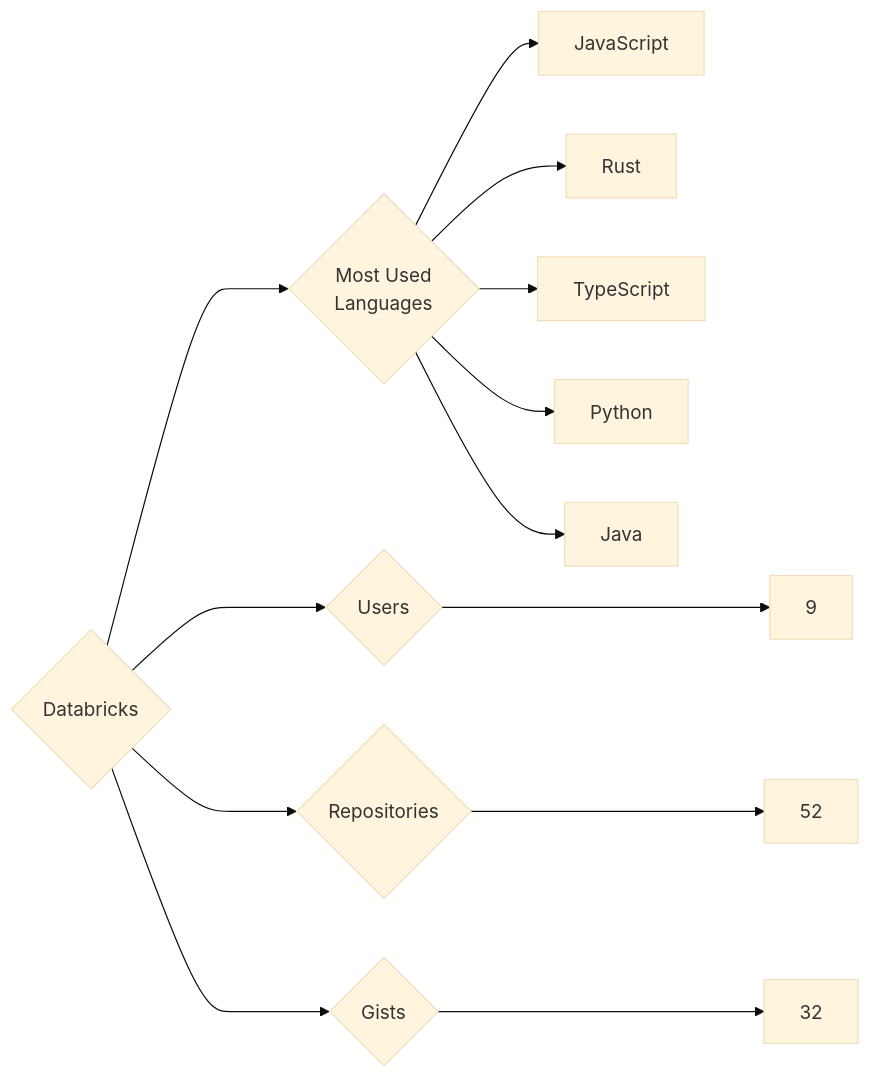
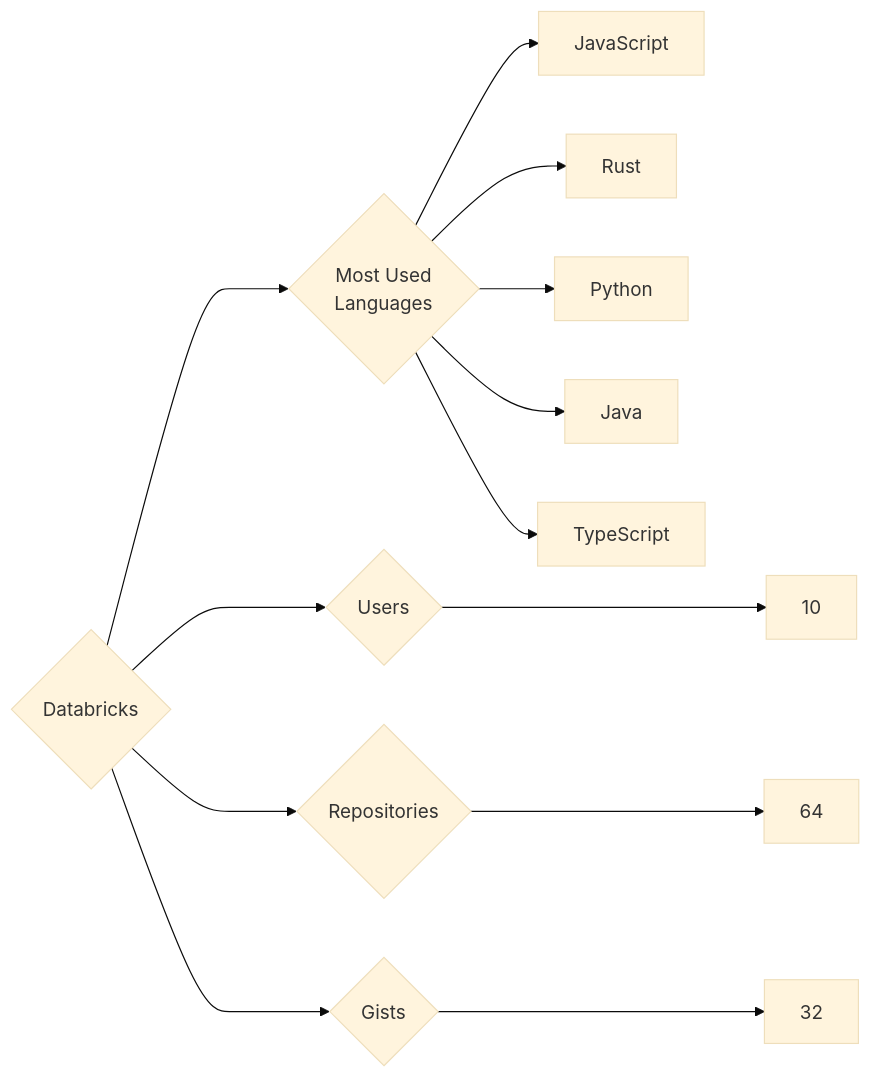
Before and after one commit to trickest/insiders: the diagram in targets/Databricks/README.md, drawn with Mermaid (base theme). The commit also changed 873 other files, not shown here.

````diff
--- a/targets/Databricks/README.md
+++ b/targets/Databricks/README.md
@@ -3,13 +3,13 @@
 ```mermaid
 graph LR
 COMPANY_NAME{Databricks}
-COMPANY_NAME ---> U{Users} ---> UN[9]
-COMPANY_NAME ---> R{Repositories} ---> RN[52]
+COMPANY_NAME ---> U{Users} ---> UN[10]
+COMPANY_NAME ---> R{Repositories} ---> RN[64]
 COMPANY_NAME ---> G{Gists} ---> GN[32]
 COMPANY_NAME ---> ML{Most Used<br>Languages}
 ML --> JavaScript[JavaScript]
 ML --> Rust[Rust]
-ML --> TypeScript[TypeScript]
 ML --> Python[Python]
 ML --> Java[Java]
+ML --> TypeScript[TypeScript]
 ```
````
